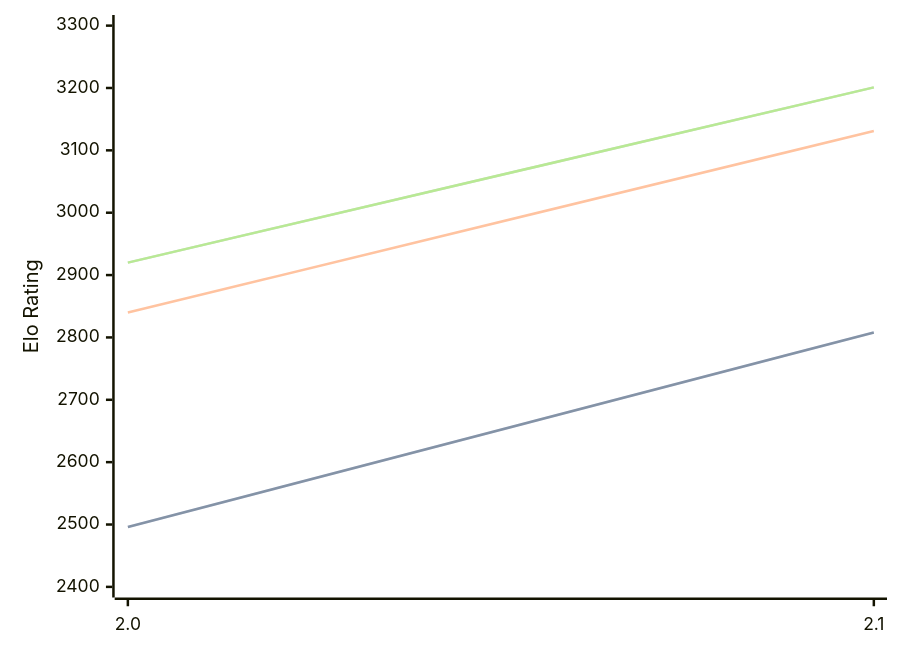
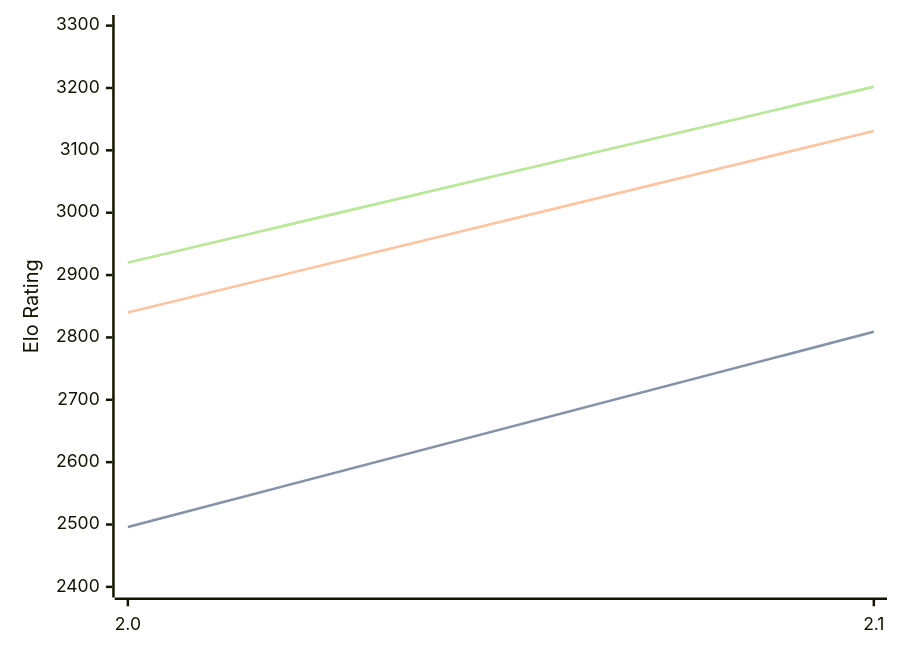
One commit to computer-chess-index/cci changed the first of 3 diagrams in engines/Tunguska.md. Above: the diagram before and after it, drawn with Mermaid. The commit also changed other lines of this file, not shown here.

Commit message:
Update CCI Ratings (ELO VLTC) - 2026-07-14

````diff
--- a/engines/Tunguska.md
+++ b/engines/Tunguska.md
@@ -32,11 +32,11 @@
 ```mermaid
 %%{init: {"theme":"base","themeVariables":{"seriesColors:['#a3a3a3','#222221','#faa371']}}}%%
 xychart-beta
   x-axis ["2.0", "2.1"]
   y-axis "Elo Rating" 2400 --> 3300
-  line "STC (8.0+0.08s)" [2496, 2808]
-  line "STC (8.0+0.08s)" [2496, 2808]
+  line "STC (8.0+0.08s)" [2496, 2809]
+  line "STC (8.0+0.08s)" [2496, 2809]
   line "LTC (60.0+0.60s)" [2840, 3131]
-  line "VLTC (2m24s+1.12s)" [2920, 3201]
-  line "VLTC (2m24s+1.12s)" [2920, 3201]
+  line "VLTC (2m24s+1.12s)" [2920, 3202]
+  line "VLTC (2m24s+1.12s)" [2920, 3202]
 ```
````
